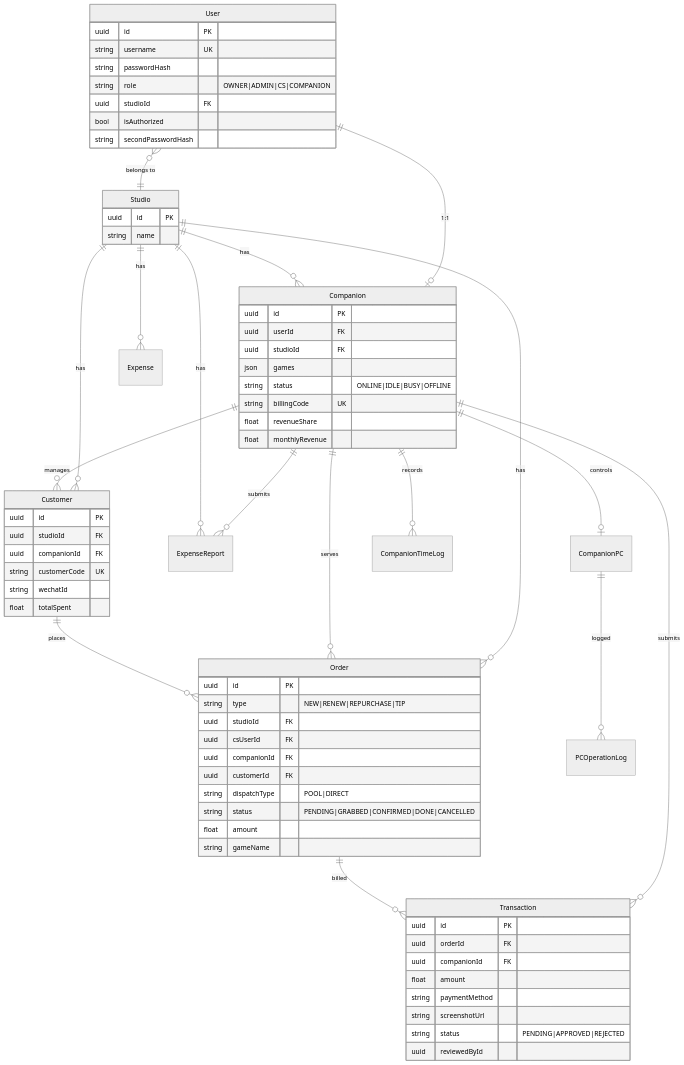
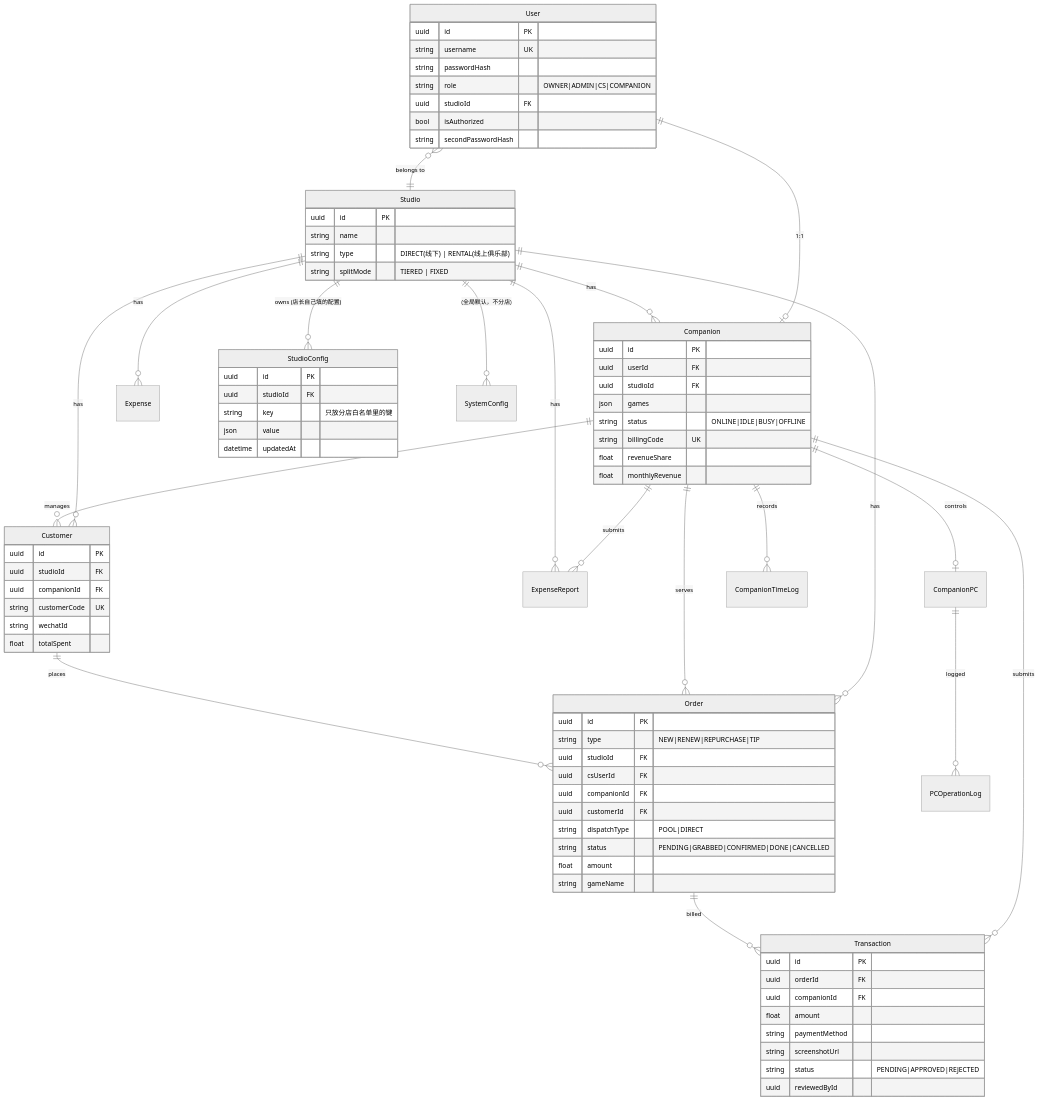
One commit to opsvr-ai/game-workspace changed the sixth of 11 diagrams in docs/ARCHITECTURE.md. Above: the diagram before and after it, drawn with Mermaid (neutral theme). The commit also changed other lines of this file and 5 other files, not shown here.

```diff
--- a/docs/ARCHITECTURE.md
+++ b/docs/ARCHITECTURE.md
@@ -174,6 +174,8 @@
     Studio ||--o{ Order : "has"
     Studio ||--o{ Customer : "has"
     Studio ||--o{ Expense : "has"
+    Studio ||--o{ StudioConfig : "owns (店长自己填的配置)"
+    Studio ||--o{ SystemConfig : "(全局默认，不分店)"
     Companion ||--o{ ExpenseReport : "submits"
     Studio ||--o{ ExpenseReport : "has"
     Companion ||--o{ Order : "serves"
@@ -198,6 +200,16 @@
     Studio {
         uuid id PK
         string name
+        string type "DIRECT(线下) | RENTAL(线上俱乐部)"
+        string splitMode "TIERED | FIXED"
+    }
+
+    StudioConfig {
+        uuid id PK
+        uuid studioId FK
+        string key "只放分店白名单里的键"
+        json value
+        datetime updatedAt
     }
 
     Companion {
```
